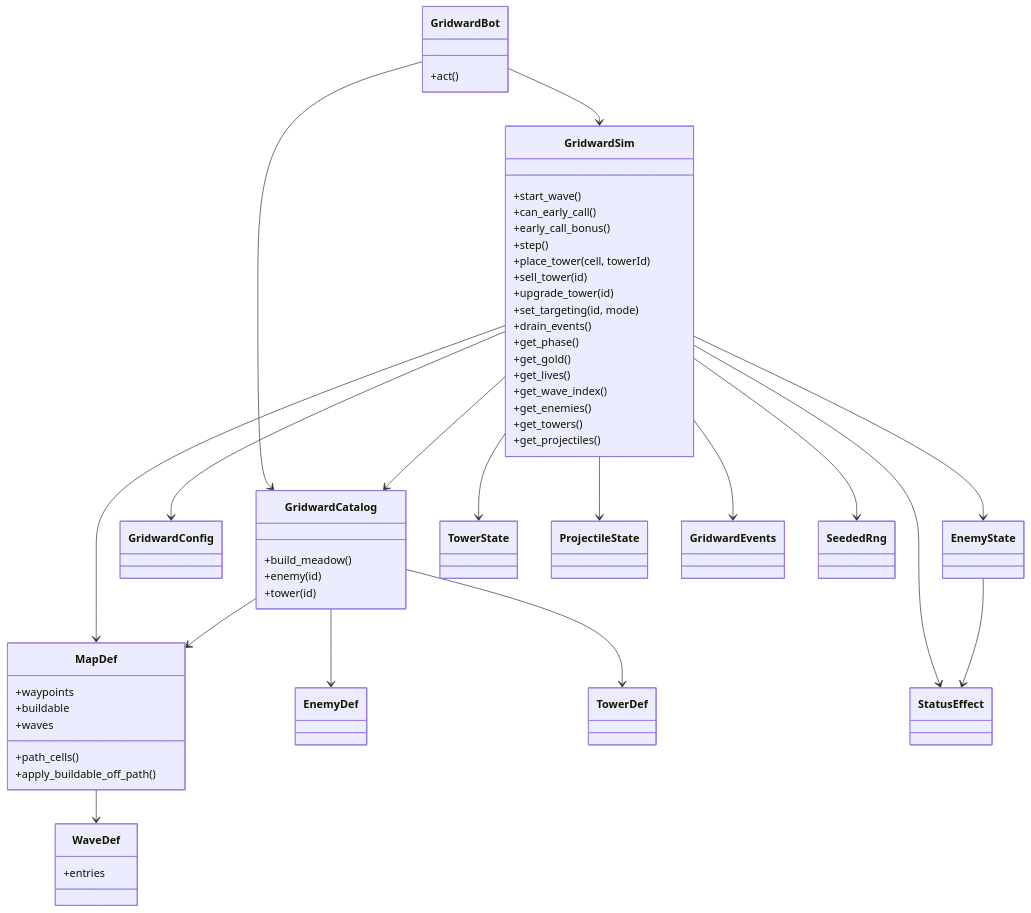
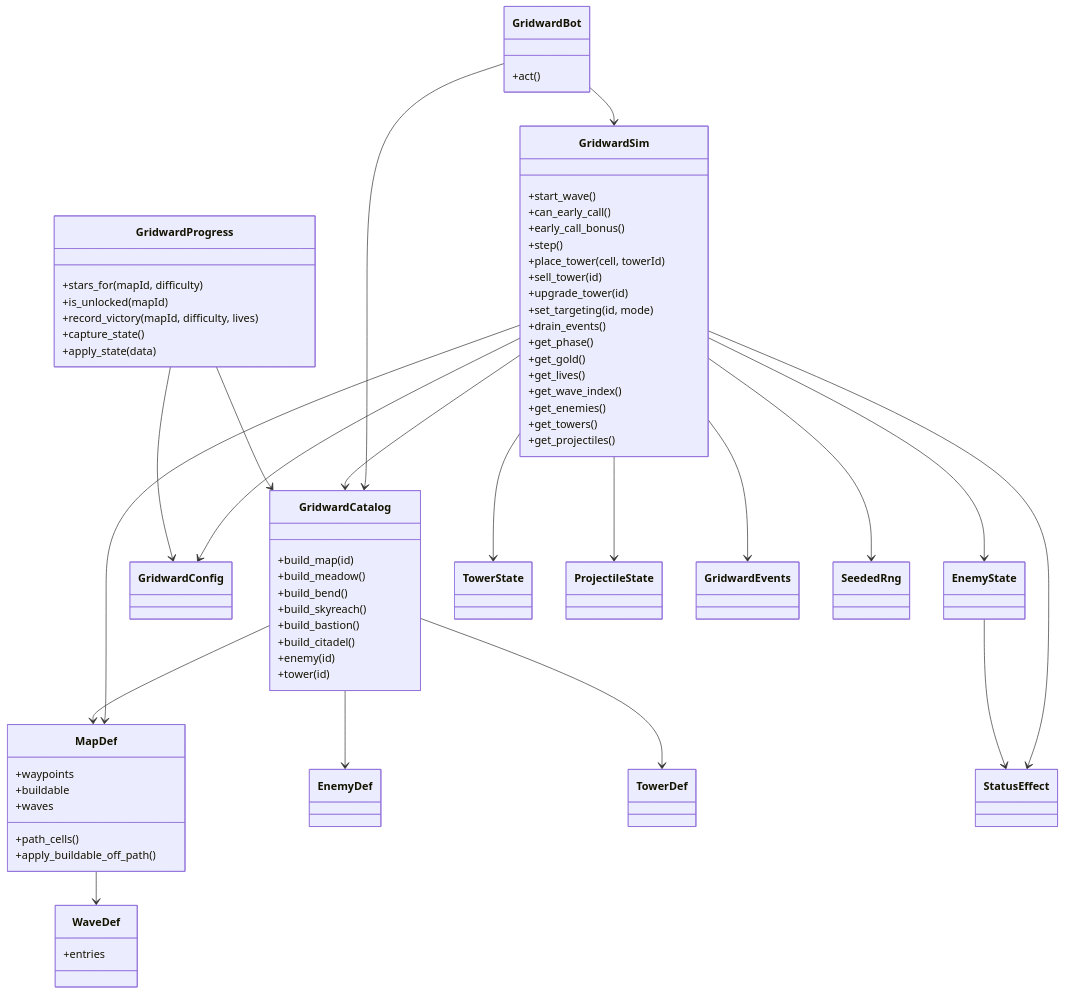
Before and after one commit to kblaszki/godot-game: the first of 2 diagrams in games/gridward/docs/reference/sim.md, drawn with Mermaid. The commit also changed other lines of this file and 21 other files, not shown here.

First line of the commit message:
Add Gridward campaign maps, stars, and progress save.

````diff
--- a/games/gridward/docs/reference/sim.md
+++ b/games/gridward/docs/reference/sim.md
@@ -44,64 +47,78 @@
 ```mermaid
 classDiagram
   class GridwardSim {
     +start_wave()
     +can_early_call()
     +early_call_bonus()
     +step()
     +place_tower(cell, towerId)
     +sell_tower(id)
     +upgrade_tower(id)
     +set_targeting(id, mode)
     +drain_events()
     +get_phase()
     +get_gold()
     +get_lives()
     +get_wave_index()
     +get_enemies()
     +get_towers()
     +get_projectiles()
   }
   class GridwardCatalog {
+    +build_map(id)
     +build_meadow()
+    +build_bend()
+    +build_skyreach()
+    +build_bastion()
+    +build_citadel()
     +enemy(id)
     +tower(id)
+  }
+  class GridwardProgress {
+    +stars_for(mapId, difficulty)
+    +is_unlocked(mapId)
+    +record_victory(mapId, difficulty, lives)
+    +capture_state()
+    +apply_state(data)
   }
   class MapDef {
     +waypoints
     +buildable
     +waves
     +path_cells()
     +apply_buildable_off_path()
   }
   class WaveDef {
     +entries
   }
   class EnemyDef
   class TowerDef
   class GridwardConfig
   class EnemyState
   class StatusEffect
   class TowerState
   class ProjectileState
   class GridwardEvents
   class GridwardBot {
     +act()
   }
   class SeededRng
   GridwardBot --> GridwardSim
   GridwardBot --> GridwardCatalog
   GridwardSim --> MapDef
   GridwardSim --> GridwardCatalog
   GridwardSim --> GridwardConfig
   GridwardSim --> EnemyState
   GridwardSim --> StatusEffect
   EnemyState --> StatusEffect
   GridwardSim --> TowerState
   GridwardSim --> ProjectileState
   GridwardSim --> GridwardEvents
   GridwardSim --> SeededRng
   GridwardCatalog --> MapDef
   GridwardCatalog --> EnemyDef
   GridwardCatalog --> TowerDef
+  GridwardProgress --> GridwardCatalog
+  GridwardProgress --> GridwardConfig
   MapDef --> WaveDef
 ```
````
